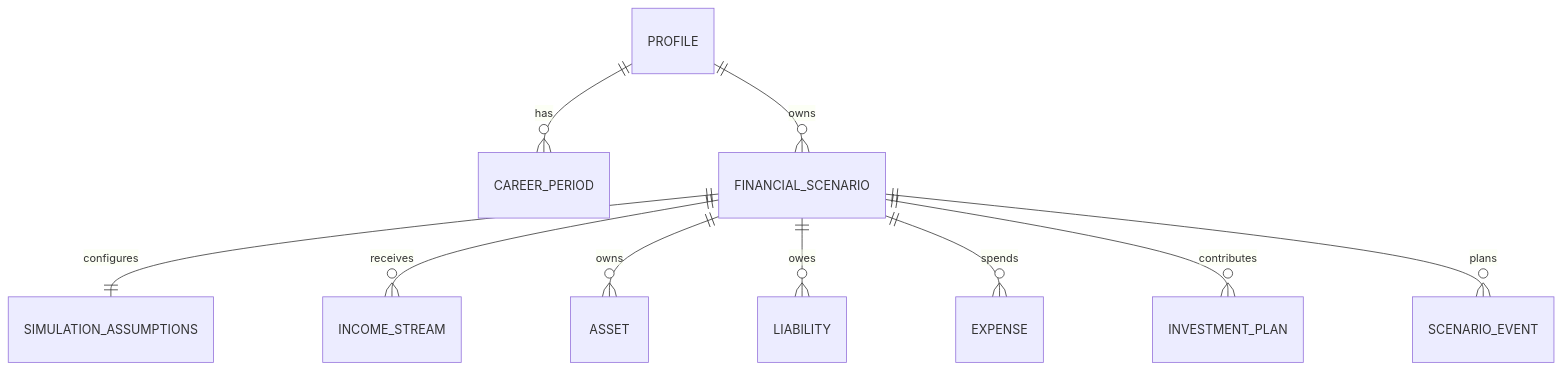
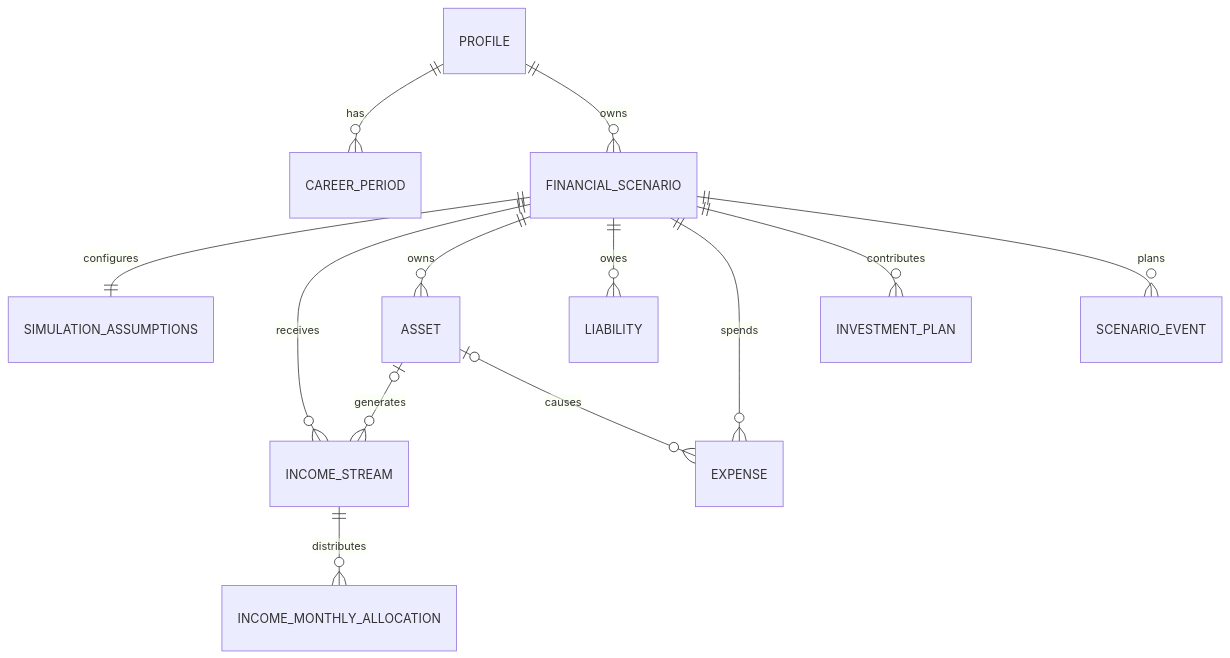
The second of 3 diagrams in docs/ARCHITECTURE.md (tmcuh1982/LifeLedger), drawn with Mermaid before and after one commit. The commit also changed other lines of this file and 117 other files, not shown here.

````diff
--- a/docs/ARCHITECTURE.md
+++ b/docs/ARCHITECTURE.md
@@ -21,12 +21,15 @@
 ```mermaid
 erDiagram
   PROFILE ||--o{ CAREER_PERIOD : has
   PROFILE ||--o{ FINANCIAL_SCENARIO : owns
   FINANCIAL_SCENARIO ||--|| SIMULATION_ASSUMPTIONS : configures
   FINANCIAL_SCENARIO ||--o{ INCOME_STREAM : receives
+  INCOME_STREAM ||--o{ INCOME_MONTHLY_ALLOCATION : distributes
   FINANCIAL_SCENARIO ||--o{ ASSET : owns
   FINANCIAL_SCENARIO ||--o{ LIABILITY : owes
   FINANCIAL_SCENARIO ||--o{ EXPENSE : spends
+  ASSET o|--o{ INCOME_STREAM : generates
+  ASSET o|--o{ EXPENSE : causes
   FINANCIAL_SCENARIO ||--o{ INVESTMENT_PLAN : contributes
   FINANCIAL_SCENARIO ||--o{ SCENARIO_EVENT : plans
 ```
````
